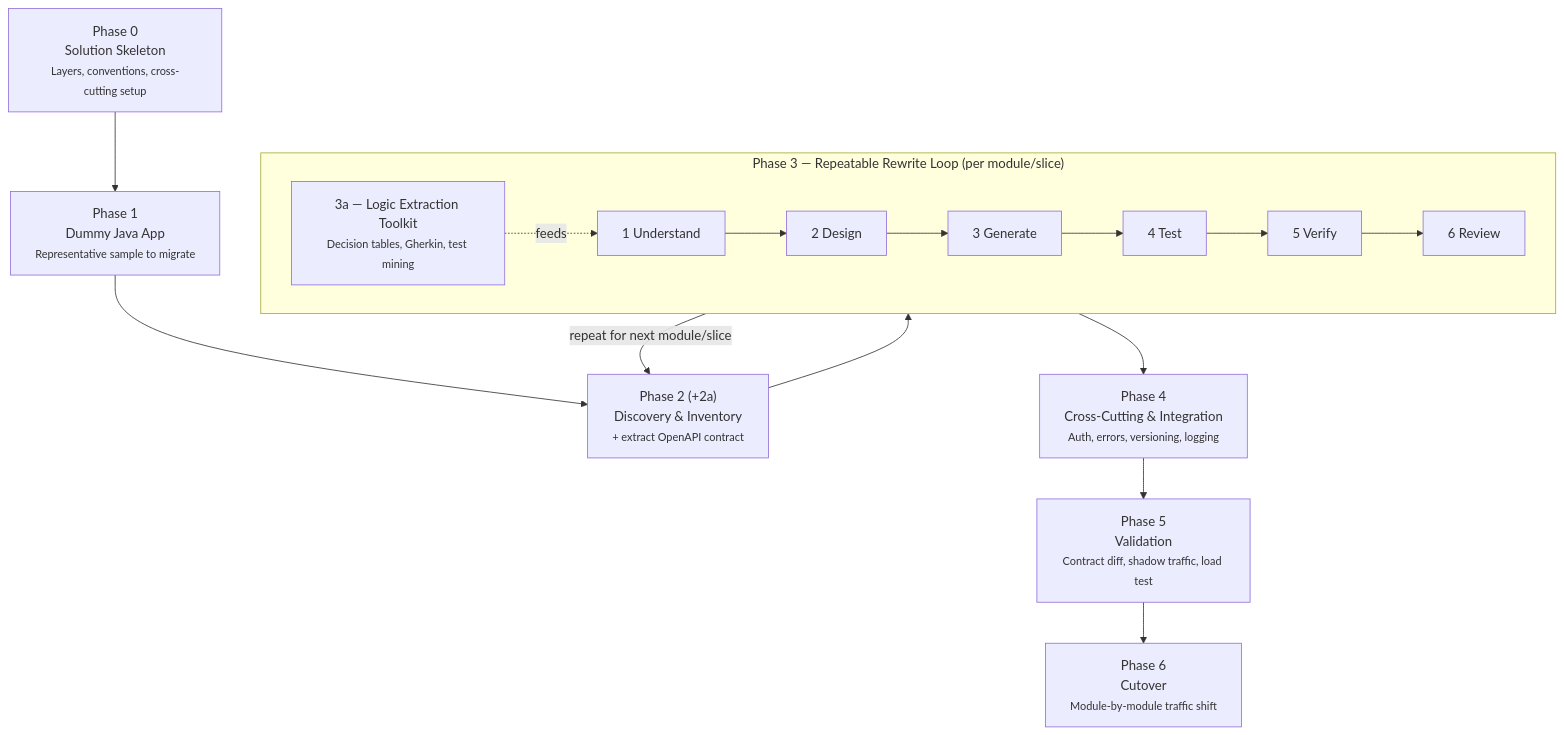
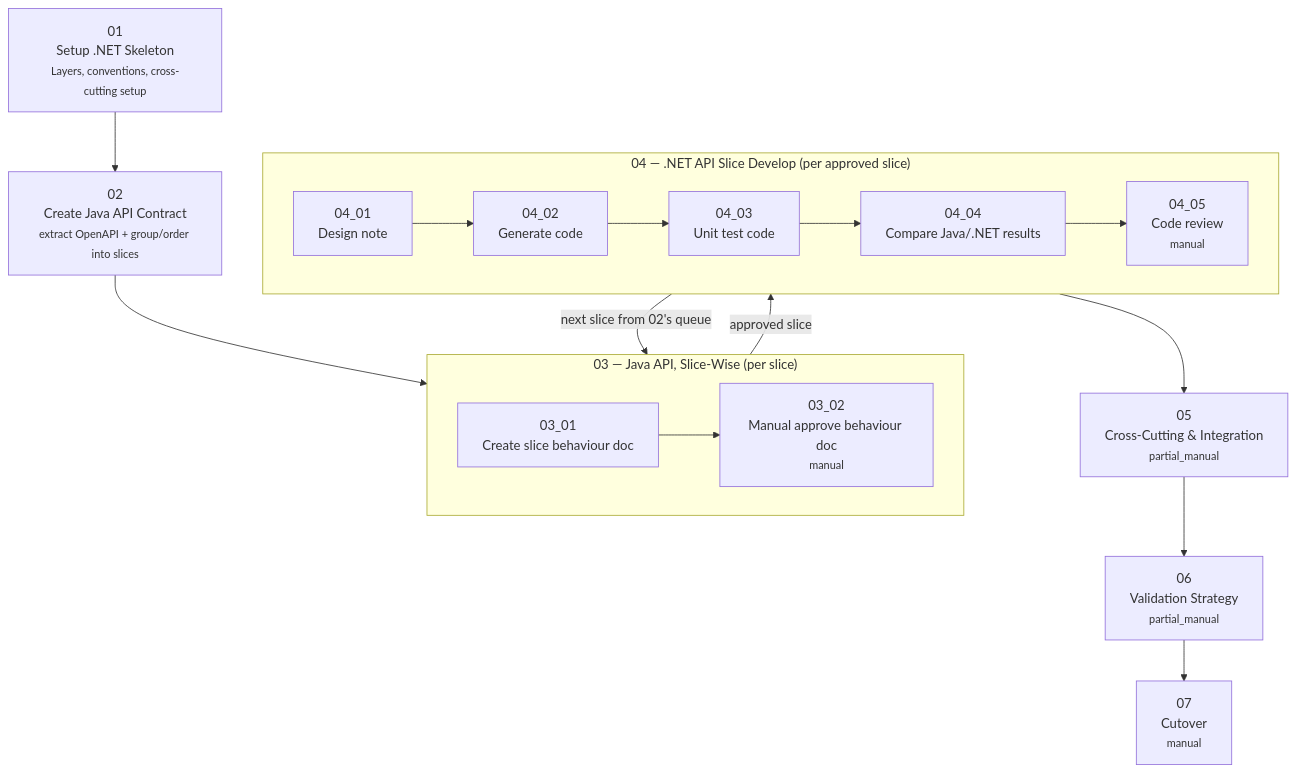
One commit to muthuramanmca/migration_poc changed the diagram in Java-to-DotNetCore-Migration-Plan.md. Above: the diagram before and after it, drawn with Mermaid. The commit also changed other lines of this file and 2 other files, not shown here.

````diff
--- a/Java-to-DotNetCore-Migration-Plan.md
+++ b/Java-to-DotNetCore-Migration-Plan.md
@@ -53,18 +55,21 @@
 ```mermaid
 flowchart TD
-    P0["Phase 0<br/>Solution Skeleton<br/><small>Layers, conventions, cross-cutting setup</small>"]
-    P1["Phase 1<br/>Dummy Java App<br/><small>Representative sample to migrate</small>"]
-    P2["Phase 2 (+2a)<br/>Discovery & Inventory<br/><small>+ extract OpenAPI contract</small>"]
-    subgraph P3["Phase 3 — Repeatable Rewrite Loop (per module/slice)"]
+    P01["01<br/>Setup .NET Skeleton<br/><small>Layers, conventions, cross-cutting setup</small>"]
+    P02["02<br/>Create Java API Contract<br/><small>extract OpenAPI + group/order into slices</small>"]
+    subgraph P03["03 — Java API, Slice-Wise (per slice)"]
         direction LR
-        S1["1 Understand"] --> S2["2 Design"] --> S3["3 Generate"] --> S4["4 Test"] --> S5["5 Verify"] --> S6["6 Review"]
-        T3a["3a — Logic Extraction Toolkit<br/><small>Decision tables, Gherkin, test mining</small>"] -.feeds.-> S1
+        S0301["03_01<br/>Create slice behaviour doc"] --> S0302["03_02<br/>Manual approve behaviour doc<br/><small>manual</small>"]
     end
-    P4["Phase 4<br/>Cross-Cutting & Integration<br/><small>Auth, errors, versioning, logging</small>"]
-    P5["Phase 5<br/>Validation<br/><small>Contract diff, shadow traffic, load test</small>"]
-    P6["Phase 6<br/>Cutover<br/><small>Module-by-module traffic shift</small>"]
+    subgraph P04["04 — .NET API Slice Develop (per approved slice)"]
+        direction LR
+        S0401["04_01<br/>Design note"] --> S0402["04_02<br/>Generate code"] --> S0403["04_03<br/>Unit test code"] --> S0404["04_04<br/>Compare Java/.NET results"] --> S0405["04_05<br/>Code review<br/><small>manual</small>"]
+    end
+    P05["05<br/>Cross-Cutting & Integration<br/><small>partial_manual</small>"]
+    P06["06<br/>Validation Strategy<br/><small>partial_manual</small>"]
+    P07["07<br/>Cutover<br/><small>manual</small>"]
 
-    P0 --> P1 --> P2 --> P3
-    P3 -- "repeat for next module/slice" --> P2
-    P3 --> P4 --> P5 --> P6
+    P01 --> P02 --> P03
+    P03 -- "approved slice" --> P04
+    P04 -- "next slice from 02's queue" --> P03
+    P04 --> P05 --> P06 --> P07
 ```
````
